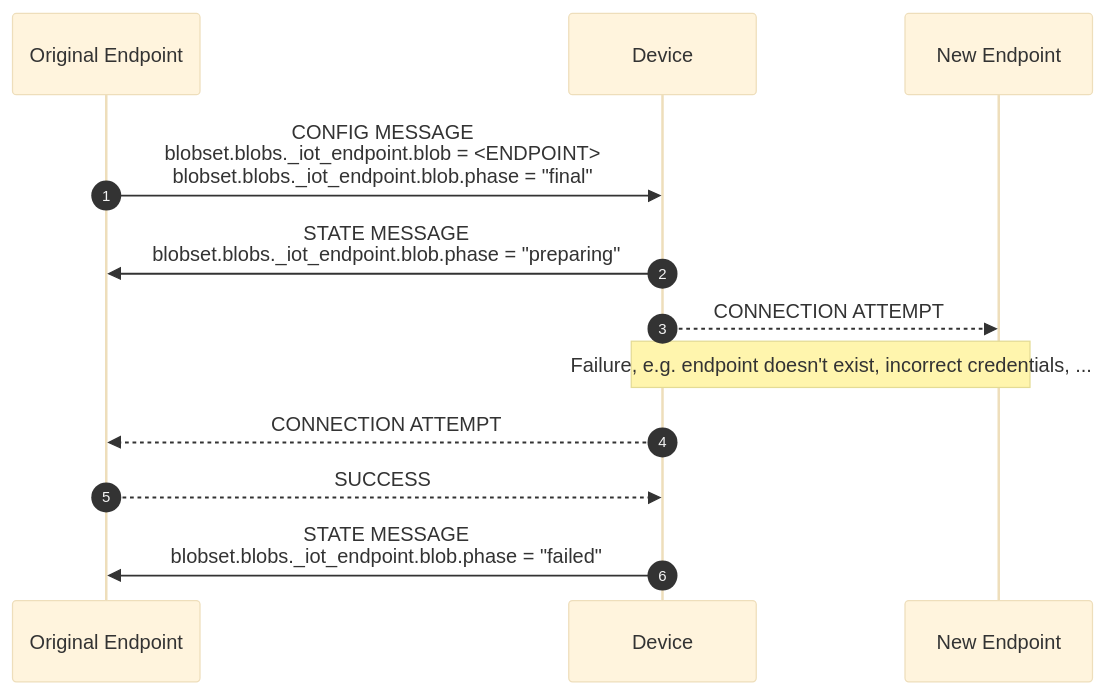
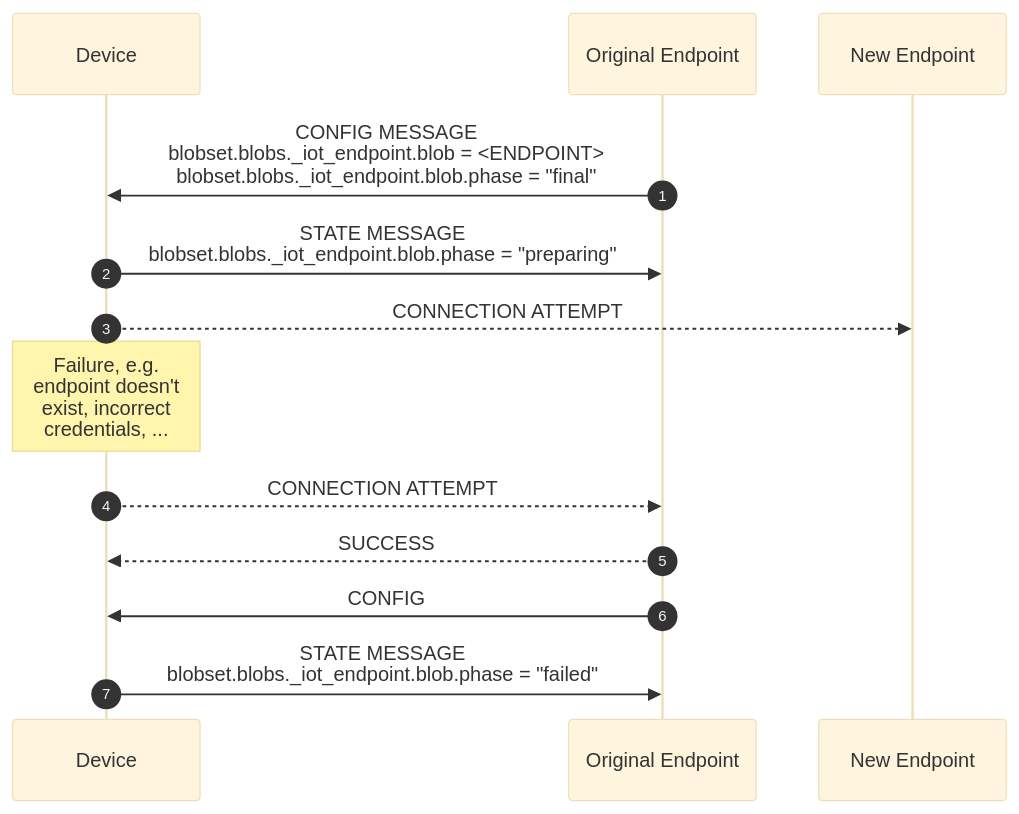
The second of 2 diagrams in docs/specs/sequences/endpoint_reconfiguration.md (faucetsdn/udmi), drawn with Mermaid (base theme) before and after one commit. The commit also changed other lines of this file and 2 other files, not shown here.

````diff
--- a/docs/specs/sequences/endpoint_reconfiguration.md
+++ b/docs/specs/sequences/endpoint_reconfiguration.md
@@ -34,14 +37,17 @@
 ```mermaid
+%%{wrap}%%
 sequenceDiagram
     autonumber
+    participant D as Device
     participant E as Original Endpoint
-    participant D as Device
     participant E' as New Endpoint
     E->>D:CONFIG MESSAGE<br>blobset.blobs._iot_endpoint.blob = <ENDPOINT><br>blobset.blobs._iot_endpoint.blob.phase = "final"
     D->>E:STATE MESSAGE<BR>blobset.blobs._iot_endpoint.blob.phase = "preparing"
     D-->>E':CONNECTION ATTEMPT
-    note over D,E': Failure, e.g. endpoint doesn't exist, incorrect credentials, ...
+    note over D: Failure, e.g. endpoint doesn't exist, incorrect credentials, ...
     D-->>E:CONNECTION ATTEMPT
     E-->>D:SUCCESS
+    E->>D:CONFIG
     D->>E:STATE MESSAGE<BR>blobset.blobs._iot_endpoint.blob.phase = "failed"
+
 ```
````
